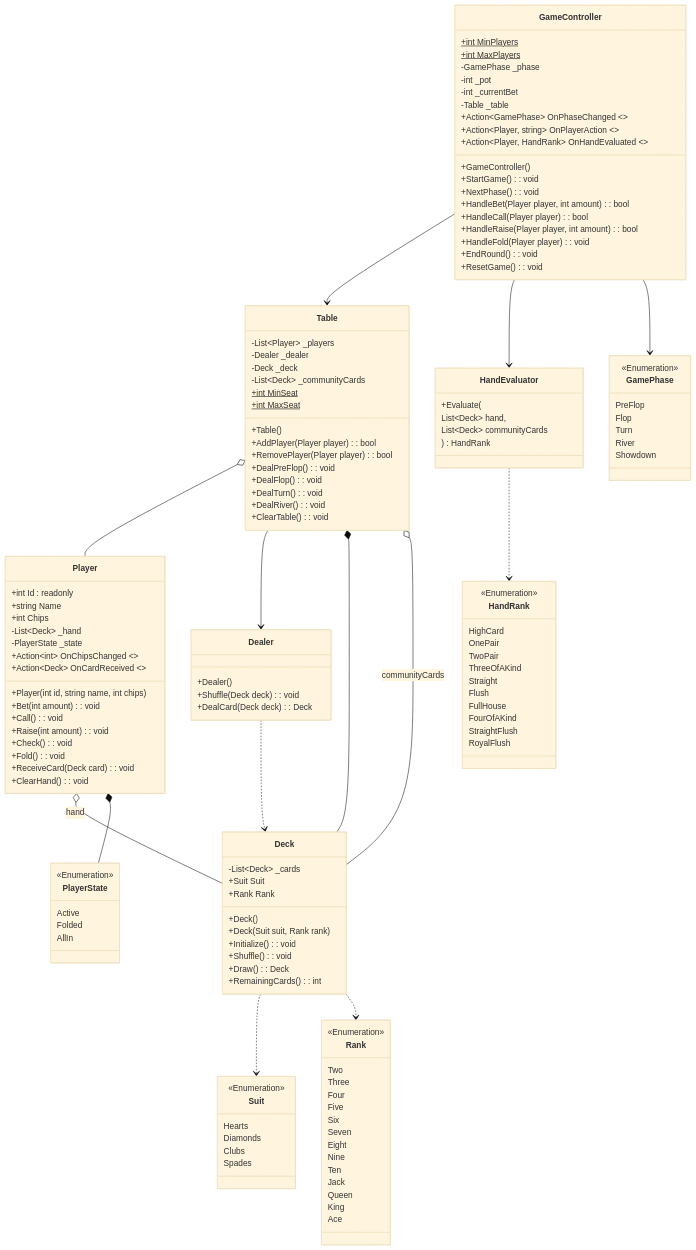
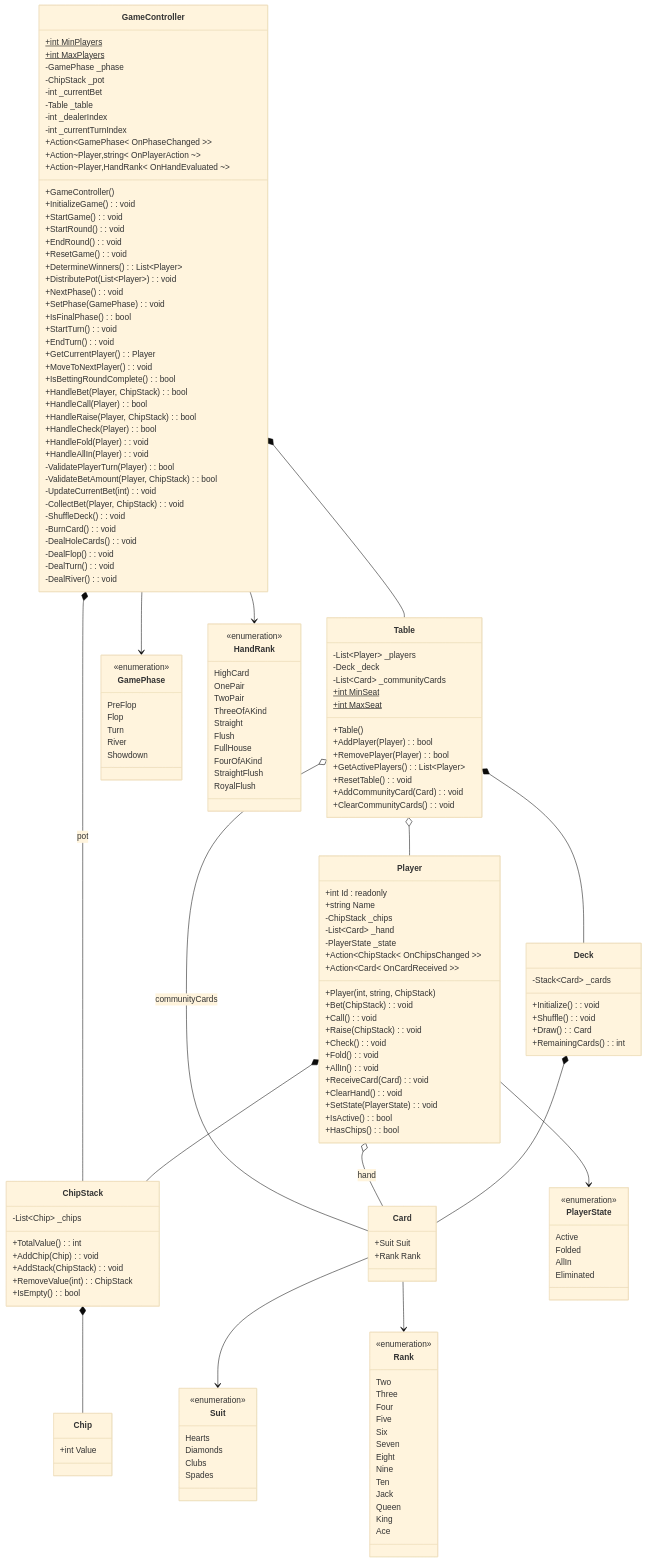
The diagram in PokerHoldem.mmd (starold/Bintang-BC), drawn with Mermaid (base theme) before and after one commit. The commit also changed 30 other files, not shown here.

```diff
--- a/PokerHoldem.mmd
+++ b/PokerHoldem.mmd
@@ -1,176 +1,241 @@
 classDiagram
+direction TB
+
+%% =========================
+%% GAME CONTROLLER
+%% =========================
+
+class GameController {
+    +int MinPlayers$
+    +int MaxPlayers$
+
+    -GamePhase _phase
+    -ChipStack _pot
+    -int _currentBet
+    -Table _table
+    -int _dealerIndex
+    -int _currentTurnIndex
+
+    +Action~GamePhase~ OnPhaseChanged ~~
+    +Action~Player,string~ OnPlayerAction ~~
+    +Action~Player,HandRank~ OnHandEvaluated ~~
+
+    +GameController()
+
+    %% ===== GAME LIFECYCLE =====
+    +InitializeGame() : void
+    +StartGame() : void
+    +StartRound() : void
+    +EndRound() : void
+    +ResetGame() : void
+    +DetermineWinners() : List~Player~
+    +DistributePot(List~Player~) : void
+
+    %% ===== PHASE CONTROL =====
+    +NextPhase() : void
+    +SetPhase(GamePhase) : void
+    +IsFinalPhase() : bool
+
+    %% ===== TURN CONTROL =====
+    +StartTurn() : void
+    +EndTurn() : void
+    +GetCurrentPlayer() : Player
+    +MoveToNextPlayer() : void
+    +IsBettingRoundComplete() : bool
+
+    %% ===== BETTING =====
+    +HandleBet(Player, ChipStack) : bool
+    +HandleCall(Player) : bool
+    +HandleRaise(Player, ChipStack) : bool
+    +HandleCheck(Player) : bool
+    +HandleFold(Player) : void
+    +HandleAllIn(Player) : void
+
+    %% ===== BET VALIDATION =====
+    -ValidatePlayerTurn(Player) : bool
+    -ValidateBetAmount(Player, ChipStack) : bool
+    -UpdateCurrentBet(int) : void
+    -CollectBet(Player, ChipStack) : void
+
+    %% ===== DEALER RESPONSIBILITY (MERGED) =====
+    -ShuffleDeck() : void
+    -BurnCard() : void
+    -DealHoleCards() : void
+    -DealFlop() : void
+    -DealTurn() : void
+    -DealRiver() : void
+}
+
+%% =========================
+%% TABLE
+%% =========================
 
 class Table {
-  -List~Player~ _players
-  -Dealer _dealer
-  -Deck _deck
-  -List~Deck~ _communityCards
+    -List~Player~ _players
+    -Deck _deck
+    -List~Card~ _communityCards
 
-  +int MinSeat$
-  +int MaxSeat$
+    +int MinSeat$
+    +int MaxSeat$
 
-  +Table()
-
-  +AddPlayer(Player player) : bool
-  +RemovePlayer(Player player) : bool
-
-  +DealPreFlop() : void
-  +DealFlop() : void
-  +DealTurn() : void
-  +DealRiver() : void
-
-  +ClearTable() : void
+    +Table()
+    +AddPlayer(Player) : bool
+    +RemovePlayer(Player) : bool
+    +GetActivePlayers() : List~Player~
+    +ResetTable() : void
+    +AddCommunityCard(Card) : void
+    +ClearCommunityCards() : void
 }
 
+%% =========================
+%% PLAYER
+%% =========================
+
 class Player {
-  +int Id : readonly
-  +string Name
-  +int Chips
+    +int Id : readonly
+    +string Name
 
-  -List~Deck~ _hand
-  -PlayerState _state
+    -ChipStack _chips
+    -List~Card~ _hand
+    -PlayerState _state
 
-  +Player(int id, string name, int chips)
+    +Action~ChipStack~ OnChipsChanged ~~
+    +Action~Card~ OnCardReceived ~~
 
-  +Bet(int amount) : void
-  +Call() : void
-  +Raise(int amount) : void
-  +Check() : void
-  +Fold() : void
+    +Player(int, string, ChipStack)
 
-  +ReceiveCard(Deck card) : void
-  +ClearHand() : void
+    %% ===== PLAYER ACTION =====
+    +Bet(ChipStack) : void
+    +Call() : void
+    +Raise(ChipStack) : void
+    +Check() : void
+    +Fold() : void
+    +AllIn() : void
 
-  +Action~int~ OnChipsChanged <<event>>
-  +Action~Deck~ OnCardReceived <<event>>
+    %% ===== CARD HANDLING =====
+    +ReceiveCard(Card) : void
+    +ClearHand() : void
+
+    %% ===== STATE =====
+    +SetState(PlayerState) : void
+    +IsActive() : bool
+    +HasChips() : bool
 }
 
-class Deck {
-  -List~Deck~ _cards
+%% =========================
+%% CHIP SYSTEM
+%% =========================
 
-  +Suit Suit
-  +Rank Rank
-
-  +Deck()
-  +Deck(Suit suit, Rank rank)
-
-  +Initialize() : void
-  +Shuffle() : void
-  +Draw() : Deck
-  +RemainingCards() : int
+class Chip {
+    +int Value
 }
 
-class Dealer {
-  +Dealer()
+class ChipStack {
+    -List~Chip~ _chips
 
-  +Shuffle(Deck deck) : void
-  +DealCard(Deck deck) : Deck
+    +TotalValue() : int
+    +AddChip(Chip) : void
+    +AddStack(ChipStack) : void
+    +RemoveValue(int) : ChipStack
+    +IsEmpty() : bool
 }
 
+%% =========================
+%% CARD SYSTEM
+%% =========================
 
+class Deck {
+    -Stack~Card~ _cards
 
-class HandEvaluator {
-  +Evaluate(
-    List~Deck~ hand,
-    List~Deck~ communityCards
-  ) : HandRank
+    +Initialize() : void
+    +Shuffle() : void
+    +Draw() : Card
+    +RemainingCards() : int
 }
 
+class Card {
+    +Suit Suit
+    +Rank Rank
+}
+
+%% =========================
+%% ENUMS
+%% =========================
+
 class GamePhase {
-  <<Enumeration>>
-  PreFlop
-  Flop
-  Turn
-  River
-  Showdown
+    <<enumeration>>
+    PreFlop
+    Flop
+    Turn
+    River
+    Showdown
 }
 
 class PlayerState {
-  <<Enumeration>>
-  Active
-  Folded
-  AllIn
+    <<enumeration>>
+    Active
+    Folded
+    AllIn
+    Eliminated
 }
 
 class Suit {
-  <<Enumeration>>
-  Hearts
-  Diamonds
-  Clubs
-  Spades
+    <<enumeration>>
+    Hearts
+    Diamonds
+    Clubs
+    Spades
 }
 
 class Rank {
-  <<Enumeration>>
-  Two
-  Three
-  Four
-  Five
-  Six
-  Seven
-  Eight
-  Nine
-  Ten
-  Jack
-  Queen
-  King
-  Ace
+    <<enumeration>>
+    Two
+    Three
+    Four
+    Five
+    Six
+    Seven
+    Eight
+    Nine
+    Ten
+    Jack
+    Queen
+    King
+    Ace
 }
 
 class HandRank {
-  <<Enumeration>>
-  HighCard
-  OnePair
-  TwoPair
-  ThreeOfAKind
-  Straight
-  Flush
-  FullHouse
-  FourOfAKind
-  StraightFlush
-  RoyalFlush
+    <<enumeration>>
+    HighCard
+    OnePair
+    TwoPair
+    ThreeOfAKind
+    Straight
+    Flush
+    FullHouse
+    FourOfAKind
+    StraightFlush
+    RoyalFlush
 }
 
-class GameController {
-  +int MinPlayers$
-  +int MaxPlayers$
+%% =========================
+%% RELATIONSHIPS
+%% =========================
 
-  -GamePhase _phase
-  -int _pot
-  -int _currentBet
-  -Table _table
-
-  +GameController()
-
-  +StartGame() : void
-  +NextPhase() : void
-  +HandleBet(Player player, int amount) : bool
-  +HandleCall(Player player) : bool
-  +HandleRaise(Player player, int amount) : bool
-  +HandleFold(Player player) : void
-  +EndRound() : void
-  +ResetGame() : void
-
-  +Action~GamePhase~ OnPhaseChanged <<event>>
-  +Action~Player, string~ OnPlayerAction <<event>>
-  +Action~Player, HandRank~ OnHandEvaluated <<event>>
-}
-
-GameController --> Table
-GameController --> HandEvaluator
+GameController *-- Table
+GameController *-- ChipStack : pot
 GameController --> GamePhase
+GameController --> HandRank
 
 Table o-- Player
-Table --> Dealer
 Table *-- Deck
-Table o-- Deck : communityCards
+Table o-- Card : communityCards
 
-Player o-- Deck : hand
-Player *-- PlayerState
+Player *-- ChipStack
+Player o-- Card : hand
+Player --> PlayerState
 
-Dealer ..> Deck
-
-Deck ..> Suit
-Deck ..> Rank
-
-HandEvaluator ..> HandRank
+ChipStack *-- Chip
+Deck *-- Card
+Card --> Suit
+Card --> Rank
```
